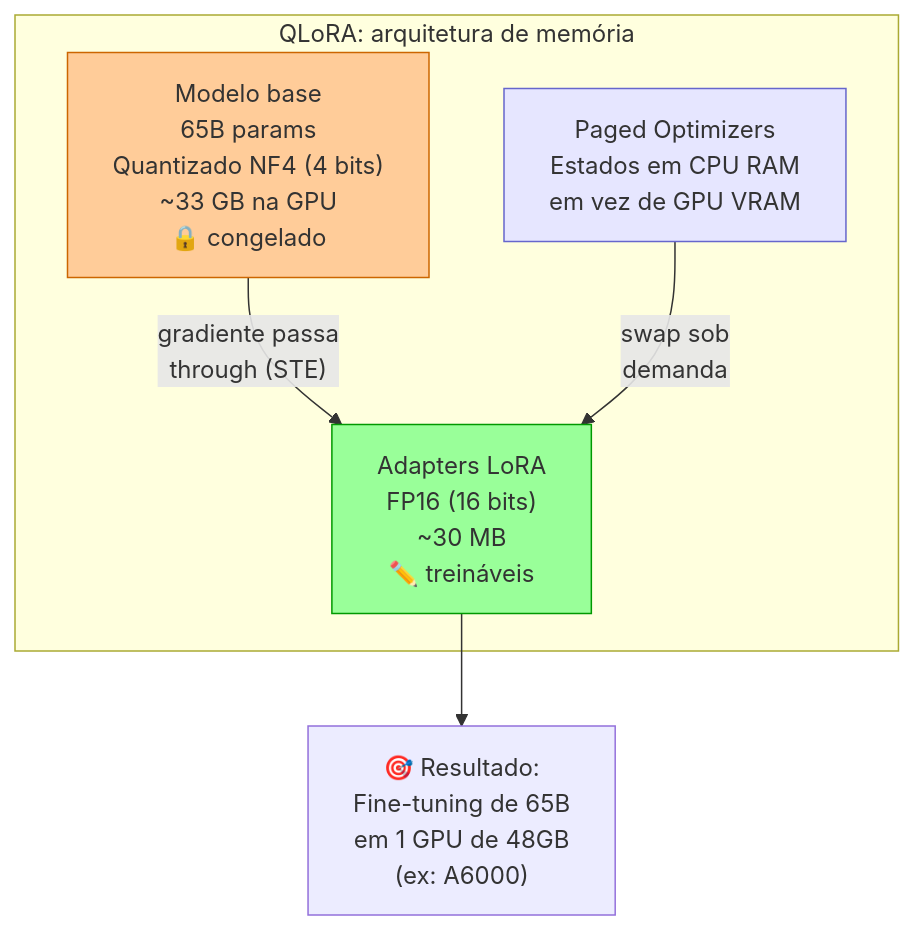
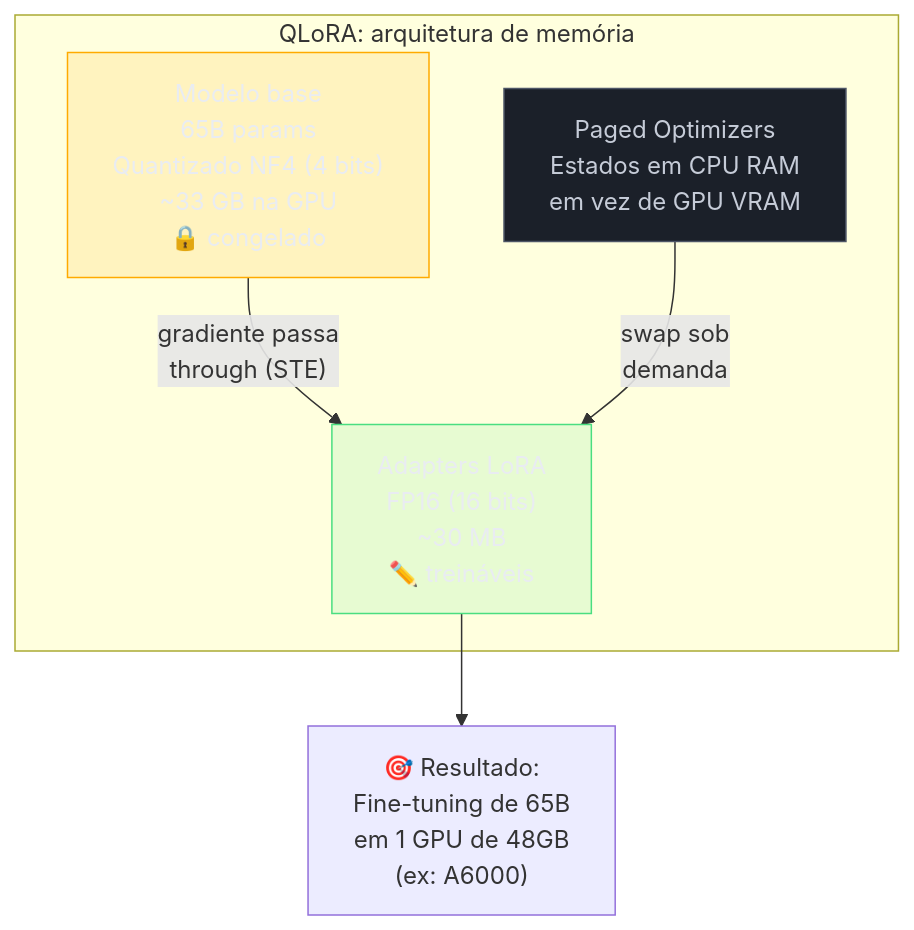
Before and after one commit to josenaldo/codex-technomanticus: the second of 4 diagrams in 03-Dominios/Tecnologia/IA/Anatomia dos LLMs/21 - Fine-tuning na prática — LoRA, QLoRA, DPO.md, drawn with Mermaid. The commit also changed other lines of this file and 1181 other files, not shown here.

First line of the commit message:
fix(diagramas): paleta do sistema no lugar de cor cravada no markdown

````diff
--- a/03-Dominios/Tecnologia/IA/Anatomia dos LLMs/21 - Fine-tuning na prática — LoRA, QLoRA, DPO.md
+++ b/03-Dominios/Tecnologia/IA/Anatomia dos LLMs/21 - Fine-tuning na prática — LoRA, QLoRA, DPO.md
@@ -107,15 +110,18 @@
 ```mermaid
 graph TD
+    classDef destaque fill:#FFAA0024,stroke:#FFAA00,color:#E9ECF2
+    classDef ok fill:#4ADE8021,stroke:#4ADE80,color:#E9ECF2
+    classDef neutro fill:#1B2029,stroke:#4E5666,color:#C6CCD8
     subgraph "QLoRA: arquitetura de memória"
         BASE["Modelo base\n65B params\nQuantizado NF4 (4 bits)\n~33 GB na GPU\n🔒 congelado"]
         LORA["Adapters LoRA\nFP16 (16 bits)\n~30 MB\n✏️ treináveis"]
         PAGED["Paged Optimizers\nEstados em CPU RAM\nem vez de GPU VRAM"]
         BASE -- "gradiente passa\nthrough (STE)" --> LORA
         PAGED -- "swap sob\ndemanda" --> LORA
     end
     RESULT["🎯 Resultado:\nFine-tuning de 65B\nem 1 GPU de 48GB\n(ex: A6000)"]
     LORA --> RESULT
-    style BASE fill:#ffcc99,stroke:#cc6600
-    style LORA fill:#99ff99,stroke:#009900
-    style PAGED fill:#e6e6ff,stroke:#6666cc
+    class BASE destaque
+    class LORA ok
+    class PAGED neutro
 ```
````
